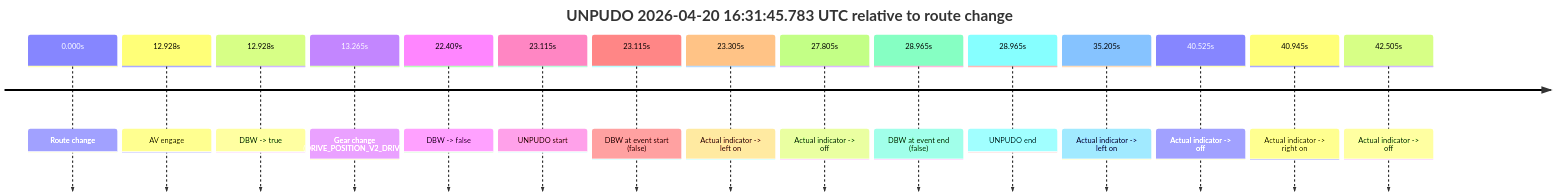
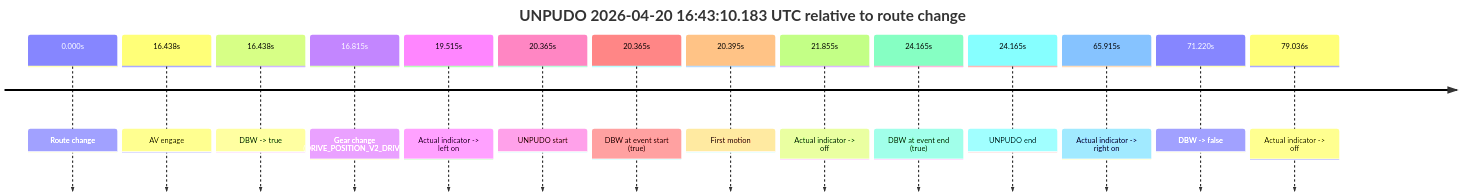
The second of 2 diagrams in model_analysis/report_cards/2026/04/Week-4/fme10011--2026-04-20--15-59-30--gen2-av-d1704755-7ef1-4aa6-9913-01cbad087acb.md (yoelshapiro/vault), drawn with Mermaid before and after one commit. The commit also changed other lines of this file and 1 other file, not shown here.

````diff
--- a/model_analysis/report_cards/2026/04/Week-4/fme10011--2026-04-20--15-59-30--gen2-av-d1704755-7ef1-4aa6-9913-01cbad087acb.md
+++ b/model_analysis/report_cards/2026/04/Week-4/fme10011--2026-04-20--15-59-30--gen2-av-d1704755-7ef1-4aa6-9913-01cbad087acb.md
@@ -153,19 +140,18 @@
 ```mermaid
 timeline
-    title UNPUDO 2026-04-20 16:31:45.783 UTC relative to route change
+    title UNPUDO 2026-04-20 16:43:10.183 UTC relative to route change
     0.000s : Route change
-    12.928s : AV engage
-    12.928s : DBW -> true
-    13.265s : Gear change (DRIVE_POSITION_V2_DRIVE)
-    22.409s : DBW -> false
-    23.115s : UNPUDO start
-    23.115s : DBW at event start (false)
-    23.305s : Actual indicator -> left on
-    27.805s : Actual indicator -> off
-    28.965s : DBW at event end (false)
-    28.965s : UNPUDO end
-    35.205s : Actual indicator -> left on
-    40.525s : Actual indicator -> off
-    40.945s : Actual indicator -> right on
-    42.505s : Actual indicator -> off
+    16.438s : AV engage
+    16.438s : DBW -> true
+    16.815s : Gear change (DRIVE_POSITION_V2_DRIVE)
+    19.515s : Actual indicator -> left on
+    20.365s : UNPUDO start
+    20.365s : DBW at event start (true)
+    20.395s : First motion
+    21.855s : Actual indicator -> off
+    24.165s : DBW at event end (true)
+    24.165s : UNPUDO end
+    65.915s : Actual indicator -> right on
+    71.220s : DBW -> false
+    79.036s : Actual indicator -> off
 ```
````
